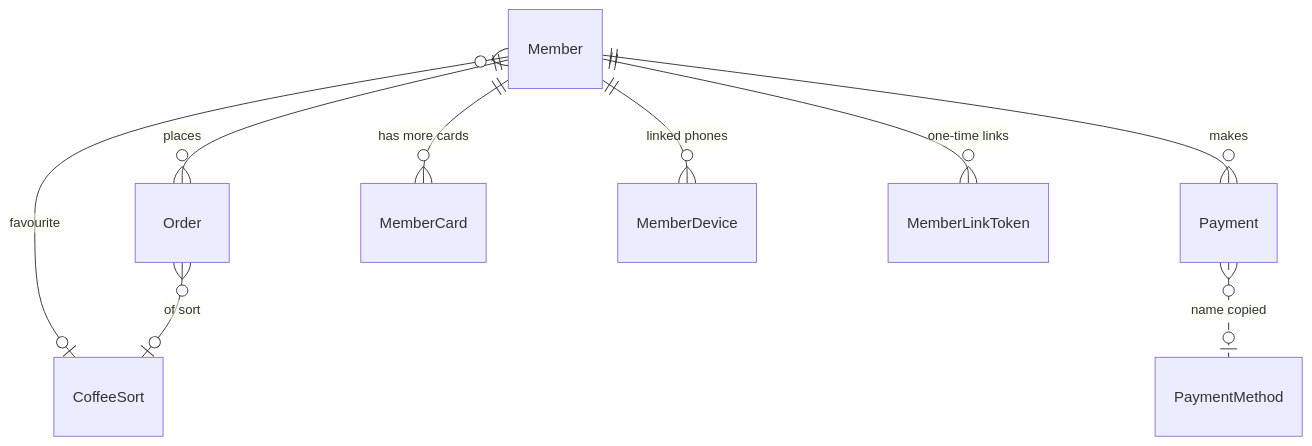
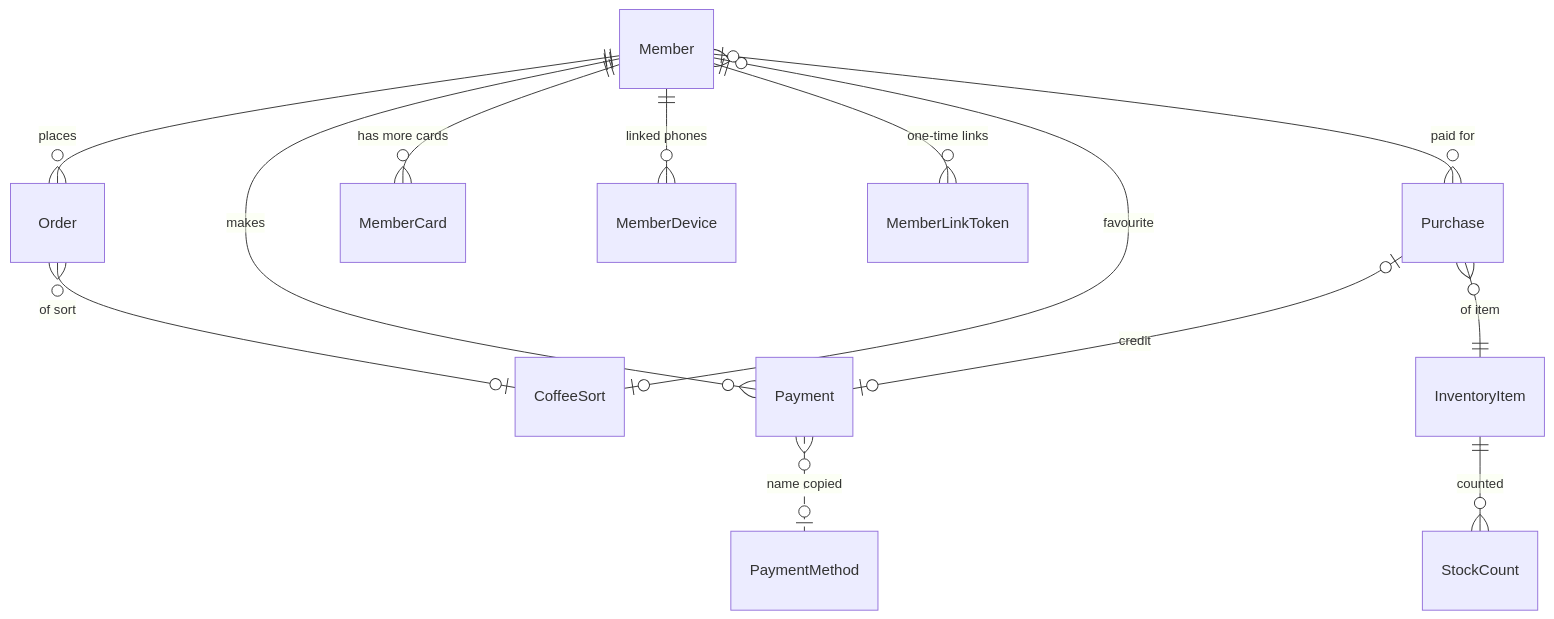
Before and after one commit to OneAndOnlyBaka/CoffeePy: the third of 4 diagrams in docs/ARCHITECTURE.md, drawn with Mermaid. The commit also changed other lines of this file and 43 other files, not shown here.

````diff
--- a/docs/ARCHITECTURE.md
+++ b/docs/ARCHITECTURE.md
@@ -322,11 +322,15 @@
 ```mermaid
 erDiagram
     Member ||--o{ Order : places
     Member ||--o{ Payment : makes
     Member ||--o{ MemberCard : "has more cards"
     Member ||--o{ MemberDevice : "linked phones"
     Member ||--o{ MemberLinkToken : "one-time links"
     Member }o--o| CoffeeSort : "favourite"
     Order }o--o| CoffeeSort : "of sort"
     Payment }o..o| PaymentMethod : "name copied"
+    Member |o--o{ Purchase : "paid for"
+    Purchase |o--o| Payment : "credit"
+    Purchase }o--|| InventoryItem : "of item"
+    InventoryItem ||--o{ StockCount : "counted"
 ```
````
